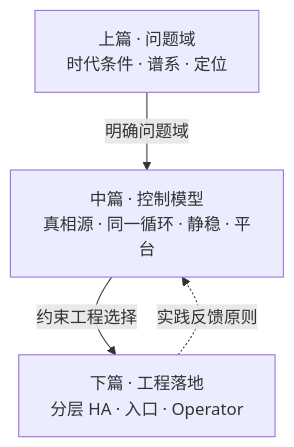
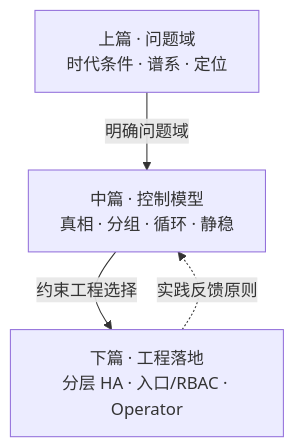
One commit to xiaxinyu/knowledge_base changed the first of 6 diagrams in 20-architecture/23-kubernetes-control-plane-doctrine.md. Above: the diagram before and after it, drawn with Mermaid. The commit also changed other lines of this file, not shown here.

````diff
--- a/20-architecture/23-kubernetes-control-plane-doctrine.md
+++ b/20-architecture/23-kubernetes-control-plane-doctrine.md
@@ -55,11 +57,11 @@
 ```mermaid
 %% K8s 设计全景：问题域约束原则，原则约束落地
 flowchart TB
   Ctx["上篇 · 问题域<br/>时代条件 · 谱系 · 定位"]
-  Prin["中篇 · 控制模型<br/>真相源 · 同一循环 · 静稳 · 平台"]
-  Eng["下篇 · 工程落地<br/>分层 HA · 入口 · Operator"]
+  Prin["中篇 · 控制模型<br/>真相 · 分组 · 循环 · 静稳"]
+  Eng["下篇 · 工程落地<br/>分层 HA · 入口/RBAC · Operator"]
 
   Ctx -->|"明确问题域"| Prin
   Prin -->|"约束工程选择"| Eng
   Eng -.->|"实践反馈原则"| Prin
 ```
````
